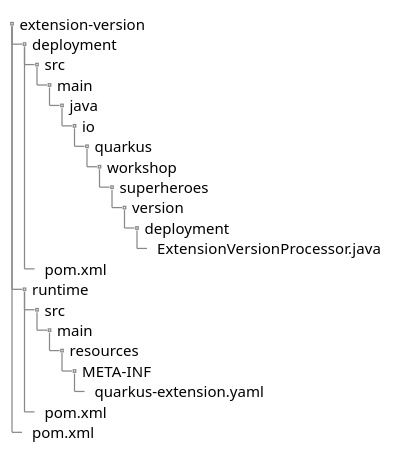
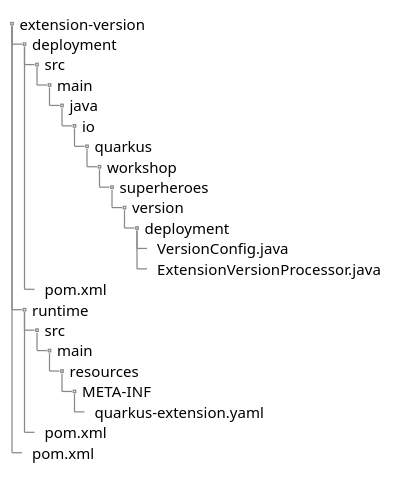
Before and after one commit to quarkusio/quarkus-workshops: the second of 2 diagrams in quarkus-workshop-super-heroes/docs/src/main/asciidoc/8-quarkus-extension/extension.adoc, drawn with PlantUML. The commit also changed other lines of this file and 3 other files, not shown here.

Commit message:
Add VersionConfig to the extension-version

```diff
--- a/quarkus-workshop-super-heroes/docs/src/main/asciidoc/8-quarkus-extension/extension.adoc
+++ b/quarkus-workshop-super-heroes/docs/src/main/asciidoc/8-quarkus-extension/extension.adoc
@@ -73,31 +73,32 @@
 [plantuml]
 ----
 @startsalt
 {
 {
 T
 extension-version
 +  deployment
 ++  src
 +++  main
 ++++  java
 +++++  io
 ++++++  quarkus
 +++++++  workshop
 ++++++++  superheroes
 +++++++++  version
 ++++++++++  deployment
++++++++++++  VersionConfig.java
 +++++++++++  ExtensionVersionProcessor.java
 ++  pom.xml
 +  runtime
 ++  src
 +++  main
 ++++  resources
 +++++  META-INF
 ++++++  quarkus-extension.yaml
 ++  pom.xml
 +  pom.xml
 }
 }
 @endsalt
 ----
```
